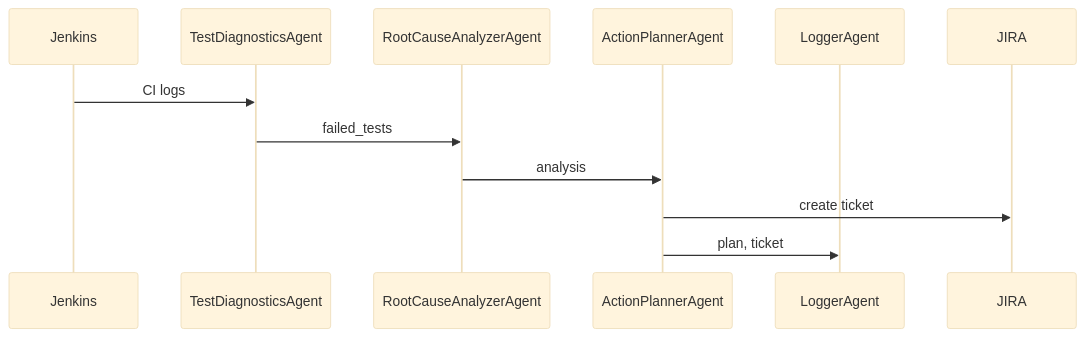
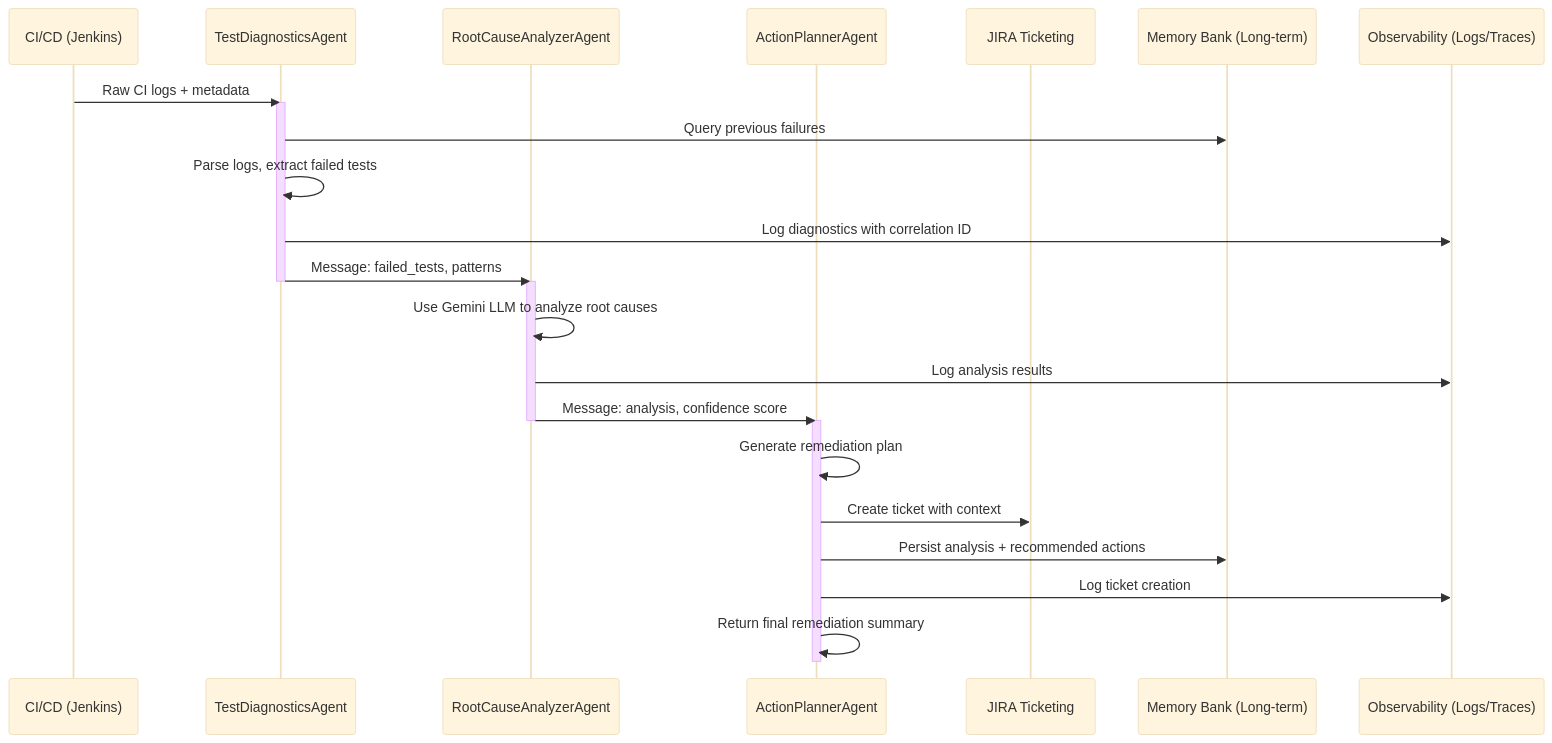
Before and after one commit to harshada-javeri/multiagent-ops-orchestrator: the diagram in readme.md, drawn with Mermaid (base theme). The commit also changed other lines of this file and 8 other files, not shown here.

````diff
--- a/readme.md
+++ b/readme.md
@@ -75,15 +76,32 @@
 ```mermaid
 sequenceDiagram
-    participant Jenkins
-    participant TestDiagnosticsAgent
-    participant RootCauseAnalyzerAgent
-    participant ActionPlannerAgent
-    participant LoggerAgent
-    participant JIRA
+    participant Jenkins as CI/CD (Jenkins)
+    participant TDA as TestDiagnosticsAgent
+    participant RCA as RootCauseAnalyzerAgent
+    participant APA as ActionPlannerAgent
+    participant JIRA as JIRA Ticketing
+    participant Memory as Memory Bank (Long-term)
+    participant Logging as Observability (Logs/Traces)
 
-    Jenkins->>TestDiagnosticsAgent: CI logs
-    TestDiagnosticsAgent->>RootCauseAnalyzerAgent: failed_tests
-    RootCauseAnalyzerAgent->>ActionPlannerAgent: analysis
-    ActionPlannerAgent->>JIRA: create ticket
-    ActionPlannerAgent->>LoggerAgent: plan, ticket
+    Jenkins->>TDA: Raw CI logs + metadata
+    activate TDA
+    TDA->>Memory: Query previous failures
+    TDA->>TDA: Parse logs, extract failed tests
+    TDA->>Logging: Log diagnostics with correlation ID
+    TDA->>RCA: Message: failed_tests, patterns
+    deactivate TDA
+
+    activate RCA
+    RCA->>RCA: Use Gemini LLM to analyze root causes
+    RCA->>Logging: Log analysis results
+    RCA->>APA: Message: analysis, confidence score
+    deactivate RCA
+
+    activate APA
+    APA->>APA: Generate remediation plan
+    APA->>JIRA: Create ticket with context
+    APA->>Memory: Persist analysis + recommended actions
+    APA->>Logging: Log ticket creation
+    APA->>APA: Return final remediation summary
+    deactivate APA
 ```
````
